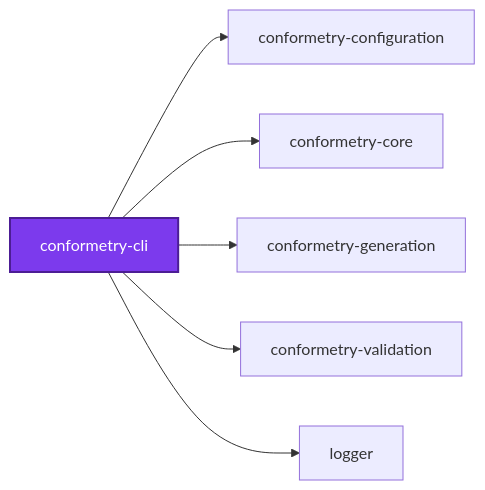
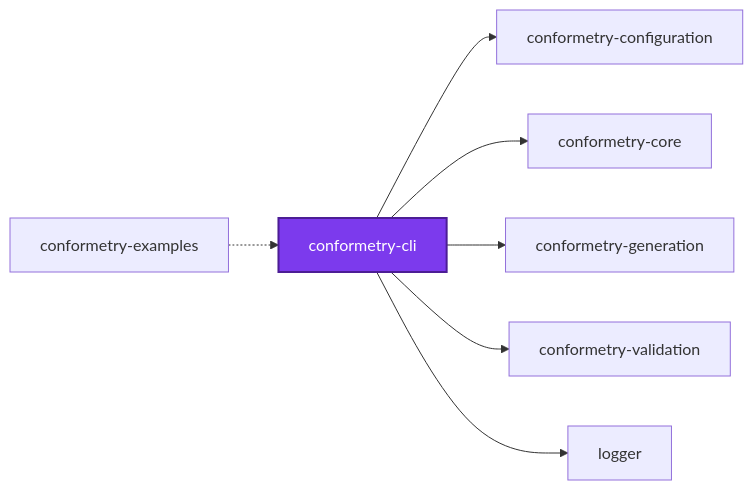
One commit to JimmyPaolini/codebase changed the first of 3 diagrams in packages/conformetry-cli/README.md. Above: the diagram before and after it, drawn with Mermaid. The commit also changed other lines of this file and 50 other files, not shown here.

````diff
--- a/packages/conformetry-cli/README.md
+++ b/packages/conformetry-cli/README.md
@@ -729,16 +729,18 @@
 ```mermaid
 graph LR
   conformetry_cli["conformetry-cli"]
   conformetry_configuration["conformetry-configuration"]
   conformetry_core["conformetry-core"]
+  conformetry_examples["conformetry-examples"]
   conformetry_generation["conformetry-generation"]
   conformetry_validation["conformetry-validation"]
   logger["logger"]
   conformetry_cli --> conformetry_configuration
   conformetry_cli --> conformetry_core
   conformetry_cli --> conformetry_generation
   conformetry_cli --> conformetry_validation
   conformetry_cli --> logger
+  conformetry_examples -.-> conformetry_cli
   classDef subject fill:#7c3aed,color:#fff,stroke:#4c1d95,stroke-width:2px
   class conformetry_cli subject
 ```
````
